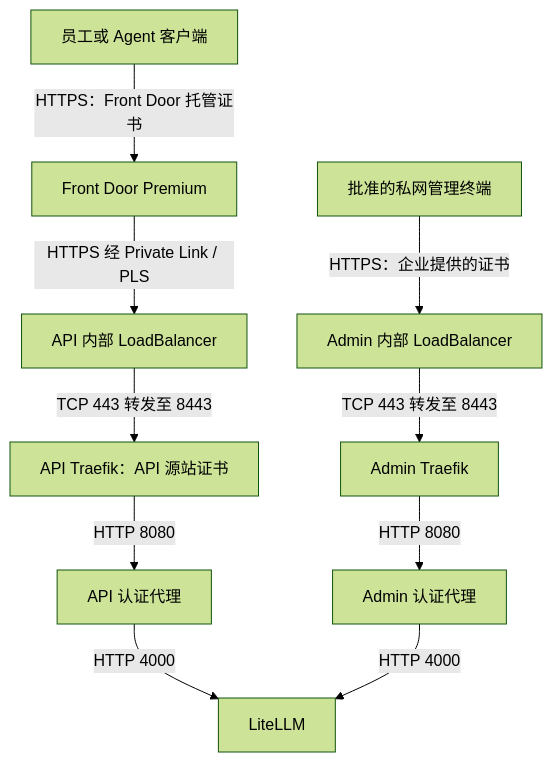
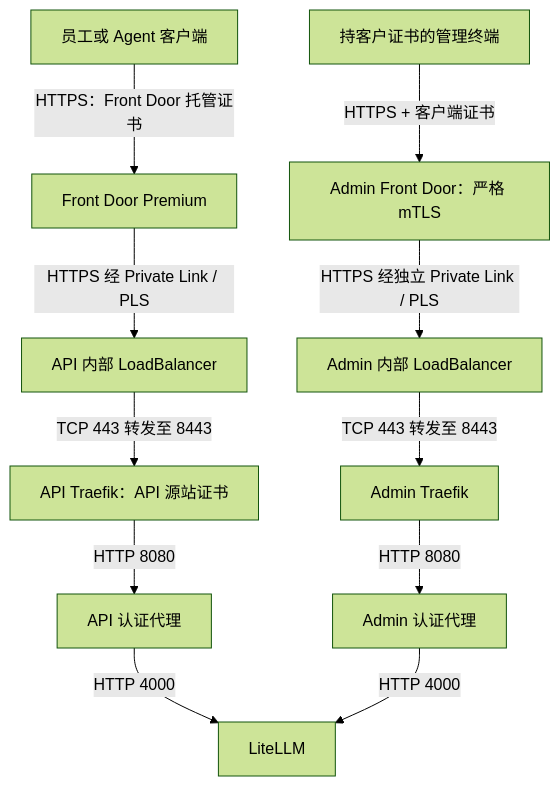
The first of 2 diagrams in docs/litellm-ingress-tls-certificate-design-zh.md (wukong121/secure-litellm-on-azure), drawn with Mermaid (forest theme) before and after one commit. The commit also changed other lines of this file and 51 other files, not shown here.

Commit message:
feat(edge): add mTLS admin Front Door

````diff
--- a/docs/litellm-ingress-tls-certificate-design-zh.md
+++ b/docs/litellm-ingress-tls-certificate-design-zh.md
@@ -42,12 +42,13 @@
 ```mermaid
 flowchart TB
     Client[员工或 Agent 客户端] -->|HTTPS：Front Door 托管证书| FD[Front Door Premium]
     FD -->|HTTPS 经 Private Link / PLS| ApiLB[API 内部 LoadBalancer]
     ApiLB -->|TCP 443 转发至 8443| ApiIngress[API Traefik：API 源站证书]
     ApiIngress -->|HTTP 8080| ApiProxy[API 认证代理]
     ApiProxy -->|HTTP 4000| Backend[LiteLLM]
-    Admin[批准的私网管理终端] -->|HTTPS：企业提供的证书| AdminLB[Admin 内部 LoadBalancer]
+    Admin[持客户证书的管理终端] -->|HTTPS + 客户端证书| AdminFD[Admin Front Door：严格 mTLS]
+    AdminFD -->|HTTPS 经独立 Private Link / PLS| AdminLB[Admin 内部 LoadBalancer]
     AdminLB -->|TCP 443 转发至 8443| AdminIngress[Admin Traefik]
     AdminIngress -->|HTTP 8080| AdminProxy[Admin 认证代理]
     AdminProxy -->|HTTP 4000| Backend
 ```
````
